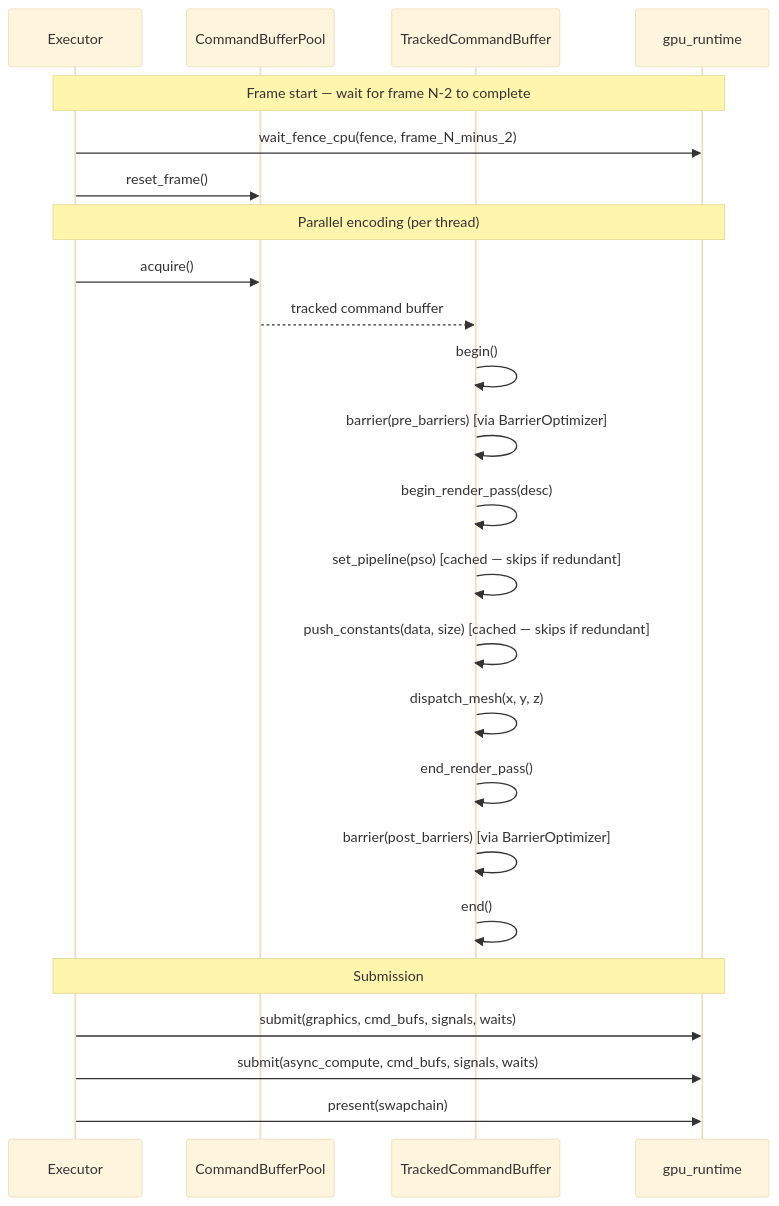
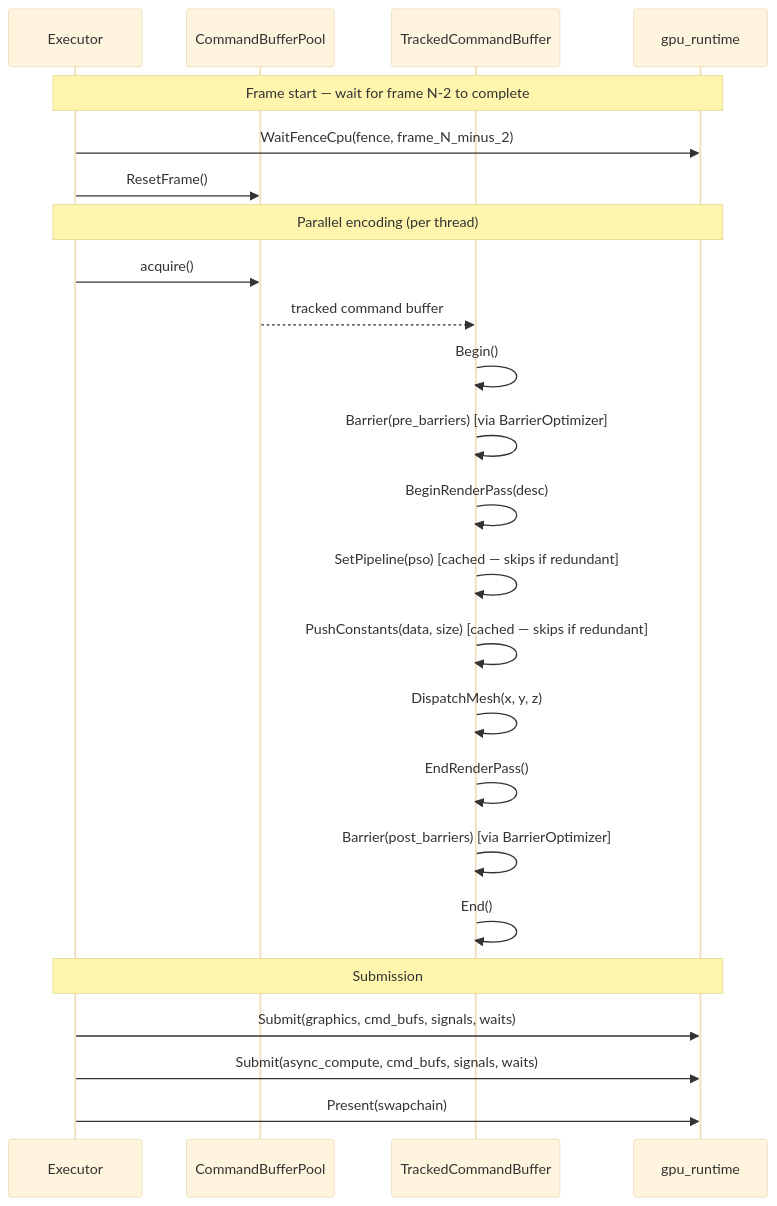
One commit to harmonius-dev/harmonius changed the ninth of 10 diagrams in docs/design/render-graph-design.md. Above: the diagram before and after it, drawn with Mermaid (base theme). The commit also changed other lines of this file and 67 other files, not shown here.

````diff
--- a/docs/design/render-graph-design.md
+++ b/docs/design/render-graph-design.md
@@ -1650,29 +1618,29 @@
 ```mermaid
 sequenceDiagram
     participant Exec as Executor
     participant Pool as CommandBufferPool
     participant TCB as TrackedCommandBuffer
     participant RT as gpu_runtime
 
     Note over Exec,RT: Frame start — wait for frame N-2 to complete
-    Exec->>RT: wait_fence_cpu(fence, frame_N_minus_2)
-    Exec->>Pool: reset_frame()
+    Exec->>RT: WaitFenceCpu(fence, frame_N_minus_2)
+    Exec->>Pool: ResetFrame()
 
     Note over Exec,RT: Parallel encoding (per thread)
     Exec->>Pool: acquire()
     Pool-->>TCB: tracked command buffer
-    TCB->>TCB: begin()
-    TCB->>TCB: barrier(pre_barriers) [via BarrierOptimizer]
-    TCB->>TCB: begin_render_pass(desc)
-    TCB->>TCB: set_pipeline(pso) [cached — skips if redundant]
-    TCB->>TCB: push_constants(data, size) [cached — skips if redundant]
-    TCB->>TCB: dispatch_mesh(x, y, z)
-    TCB->>TCB: end_render_pass()
-    TCB->>TCB: barrier(post_barriers) [via BarrierOptimizer]
-    TCB->>TCB: end()
+    TCB->>TCB: Begin()
+    TCB->>TCB: Barrier(pre_barriers) [via BarrierOptimizer]
+    TCB->>TCB: BeginRenderPass(desc)
+    TCB->>TCB: SetPipeline(pso) [cached — skips if redundant]
+    TCB->>TCB: PushConstants(data, size) [cached — skips if redundant]
+    TCB->>TCB: DispatchMesh(x, y, z)
+    TCB->>TCB: EndRenderPass()
+    TCB->>TCB: Barrier(post_barriers) [via BarrierOptimizer]
+    TCB->>TCB: End()
 
     Note over Exec,RT: Submission
-    Exec->>RT: submit(graphics, cmd_bufs, signals, waits)
-    Exec->>RT: submit(async_compute, cmd_bufs, signals, waits)
-    Exec->>RT: present(swapchain)
+    Exec->>RT: Submit(graphics, cmd_bufs, signals, waits)
+    Exec->>RT: Submit(async_compute, cmd_bufs, signals, waits)
+    Exec->>RT: Present(swapchain)
 ```
````
